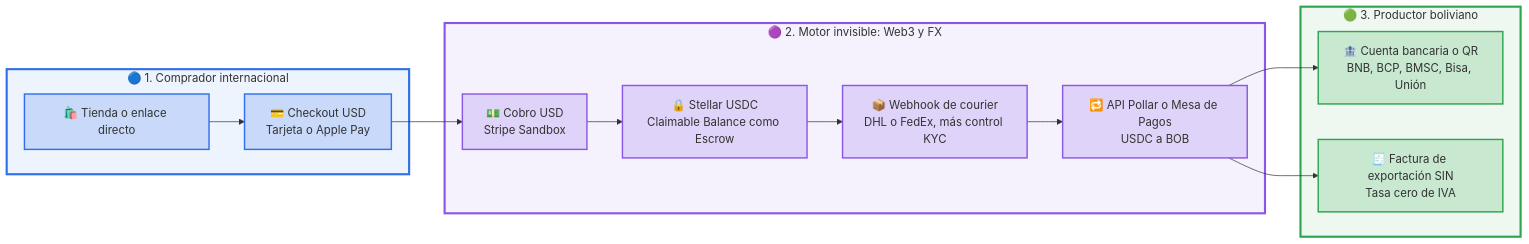
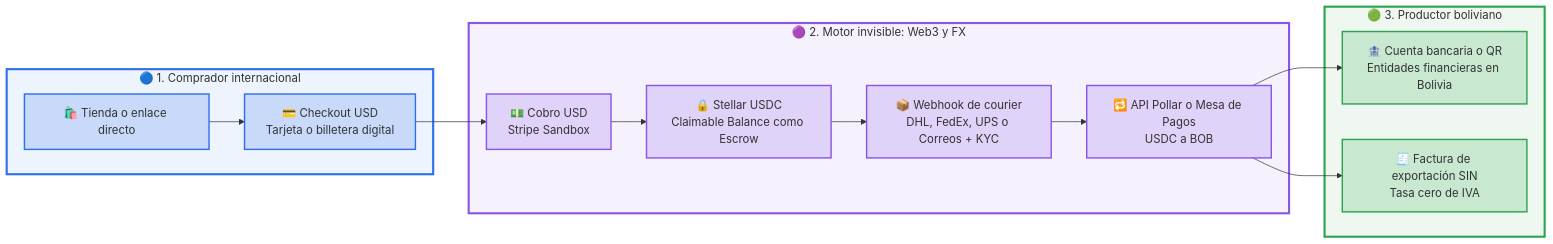
The second of 6 diagrams in README.md (leogct02/Nodes), drawn with Mermaid before and after one commit. The commit also changed other lines of this file, not shown here.

````diff
--- a/README.md
+++ b/README.md
@@ -147,32 +147,32 @@
 ```mermaid
 flowchart LR
     subgraph Comprador ["🔵 1. Comprador internacional"]
-        C1["🛍️ Tienda o enlace directo"] --> C2["💳 Checkout USD<br/>Tarjeta o Apple Pay"]
+        C1["🛍️ Tienda o enlace directo"] --> C2["💳 Checkout USD<br/>Tarjeta o billetera digital"]
     end
 
     subgraph Pasarela ["🟣 2. Motor invisible: Web3 y FX"]
         P1["💵 Cobro USD<br/>Stripe Sandbox"] --> P2["🔒 Stellar USDC<br/>Claimable Balance como Escrow"]
-        P2 --> P3["📦 Webhook de courier<br/>DHL o FedEx, más control KYC"]
+        P2 --> P3["📦 Webhook de courier<br/>DHL, FedEx, UPS o Correos + KYC"]
         P3 --> P4["🔁 API Pollar o Mesa de Pagos<br/>USDC a BOB"]
     end
 
     subgraph Productor ["🟢 3. Productor boliviano"]
-        PR1["🏦 Cuenta bancaria o QR<br/>BNB, BCP, BMSC, Bisa, Unión"]
+        PR1["🏦 Cuenta bancaria o QR<br/>Entidades financieras en Bolivia"]
         PR2["🧾 Factura de exportación SIN<br/>Tasa cero de IVA"]
     end
 
     C2 --> P1
     P4 --> PR1
     P4 --> PR2
 
     classDef buyer fill:#2f6feb33,stroke:#2f6feb,stroke-width:2px
     classDef engine fill:#8957e533,stroke:#8957e5,stroke-width:2px
     classDef producer fill:#2da44e33,stroke:#2da44e,stroke-width:2px
     class C1,C2 buyer
     class P1,P2,P3,P4 engine
     class PR1,PR2 producer
 
     style Comprador fill:#2f6feb14,stroke:#2f6feb,stroke-width:3px
     style Pasarela fill:#8957e514,stroke:#8957e5,stroke-width:3px
     style Productor fill:#2da44e14,stroke:#2da44e,stroke-width:3px
 ```
````
